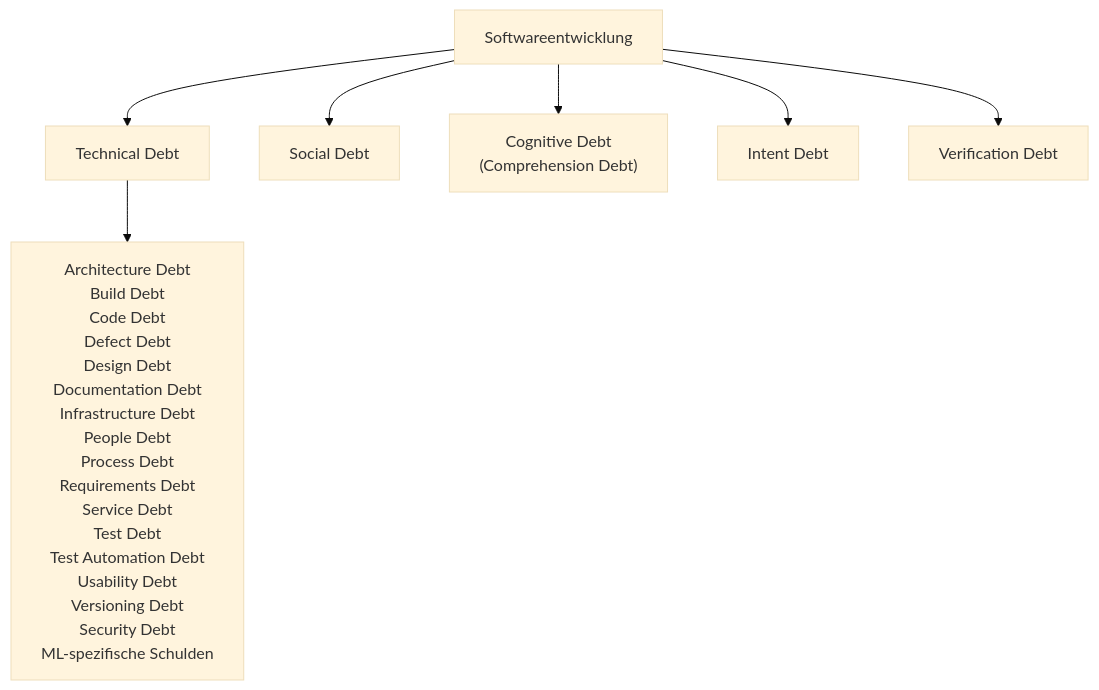
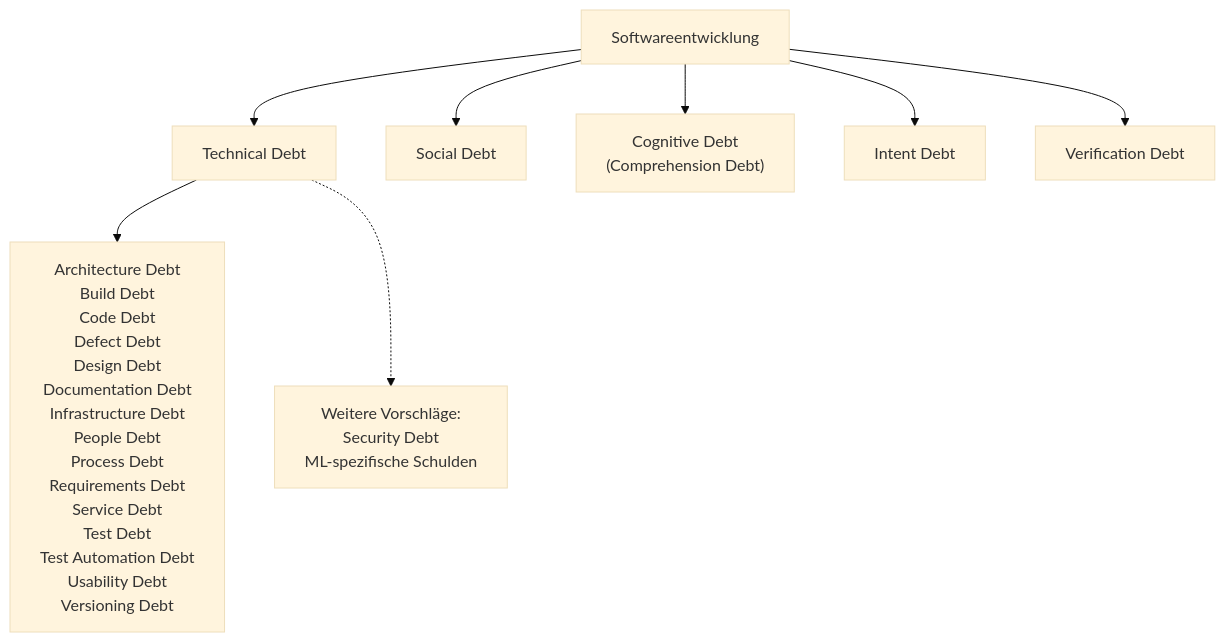
The diagram in src/site/notes/Zum Karnickelstall/1 - Final Check/Schulden in der Softwareentwicklung.md (MarcellavonderWeppen/digitalgarden), drawn with Mermaid (base theme) before and after one commit. The commit also changed 1 other file, not shown here.

Commit message:
Published multiple files

````diff
--- a/src/site/notes/Zum Karnickelstall/1 - Final Check/Schulden in der Softwareentwicklung.md
+++ b/src/site/notes/Zum Karnickelstall/1 - Final Check/Schulden in der Softwareentwicklung.md
@@ -9,12 +9,13 @@
 ```mermaid
 graph TD
   SW["Softwareentwicklung"]
 
   SW --> TD["Technical Debt"]
   SW --> SOC["Social Debt"]
   SW --> CD["Cognitive Debt<br/>(Comprehension Debt)"]
   SW --> ID["Intent Debt"]
   SW --> VD["Verification Debt"]
 
-  TD --> TDLIST["Architecture Debt<br/>Build Debt<br/>Code Debt<br/>Defect Debt<br/>Design Debt<br/>Documentation Debt<br/>Infrastructure Debt<br/>People Debt<br/>Process Debt<br/>Requirements Debt<br/>Service Debt<br/>Test Debt<br/>Test Automation Debt<br/>Usability Debt<br/>Versioning Debt<br/>Security Debt<br/>ML-spezifische Schulden"]
+  TD --> TDLIST["Architecture Debt<br/>Build Debt<br/>Code Debt<br/>Defect Debt<br/>Design Debt<br/>Documentation Debt<br/>Infrastructure Debt<br/>People Debt<br/>Process Debt<br/>Requirements Debt<br/>Service Debt<br/>Test Debt<br/>Test Automation Debt<br/>Usability Debt<br/>Versioning Debt"]
+  TD -.-> TDEXTRA["Weitere Vorschläge:<br/>Security Debt<br/>ML-spezifische Schulden"]
 ```
````
